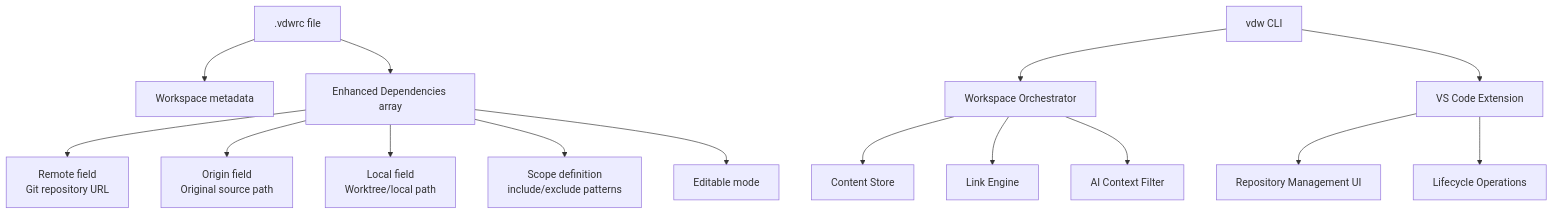
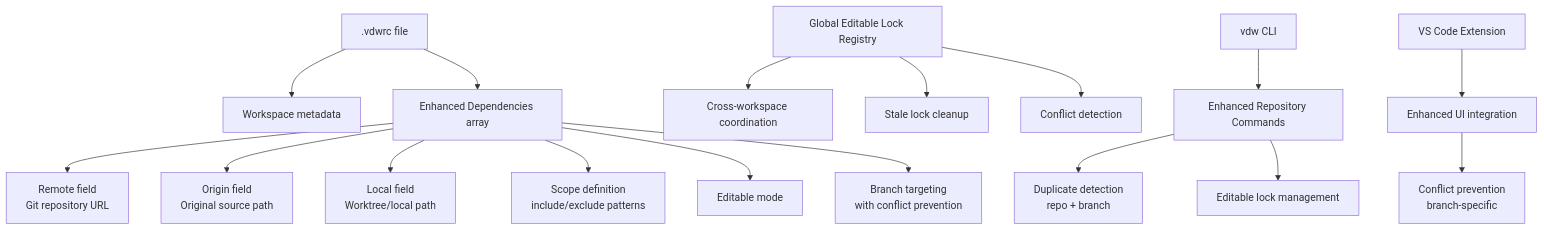
The first of 4 diagrams in .qoder/repowiki/en/content/Core Features Documentation/Workspace Configuration Management (.vdwrc).md (HWH-2019/vdw), drawn with Mermaid before and after one commit. The commit also changed other lines of this file and 6 other files, not shown here.

````diff
--- a/.qoder/repowiki/en/content/Core Features Documentation/Workspace Configuration Management (.vdwrc).md
+++ b/.qoder/repowiki/en/content/Core Features Documentation/Workspace Configuration Management (.vdwrc).md
@@ -64,17 +67,19 @@
 ```mermaid
 graph TB
 A[".vdwrc file"] --> B["Workspace metadata"]
 A --> C["Enhanced Dependencies array"]
 C --> D["Remote field<br/>Git repository URL"]
 C --> E["Origin field<br/>Original source path"]
 C --> F["Local field<br/>Worktree/local path"]
 C --> G["Scope definition<br/>include/exclude patterns"]
 C --> H["Editable mode"]
-I["vdw CLI"] --> J["Workspace Orchestrator"]
-I --> K["VS Code Extension"]
-J --> L["Content Store"]
-J --> M["Link Engine"]
-J --> N["AI Context Filter"]
-K --> O["Repository Management UI"]
-K --> P["Lifecycle Operations"]
+C --> I["Branch targeting<br/>with conflict prevention"]
+J["Global Editable Lock Registry"] --> K["Cross-workspace coordination"]
+J --> L["Stale lock cleanup"]
+J --> M["Conflict detection"]
+N["vdw CLI"] --> O["Enhanced Repository Commands"]
+O --> P["Duplicate detection<br/>repo + branch"]
+O --> Q["Editable lock management"]
+R["VS Code Extension"] --> S["Enhanced UI integration"]
+S --> T["Conflict prevention<br/>branch-specific"]
 ```
````
